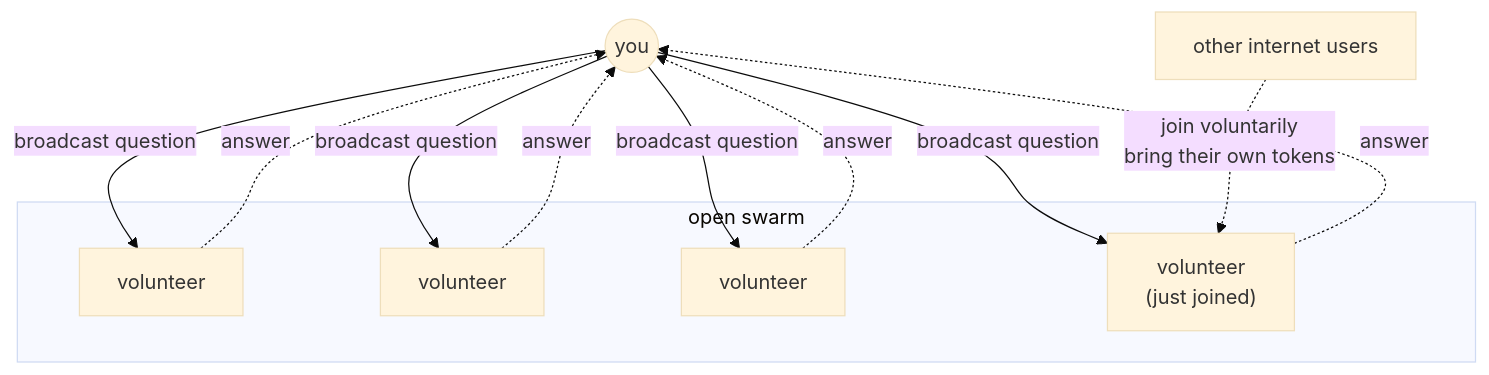
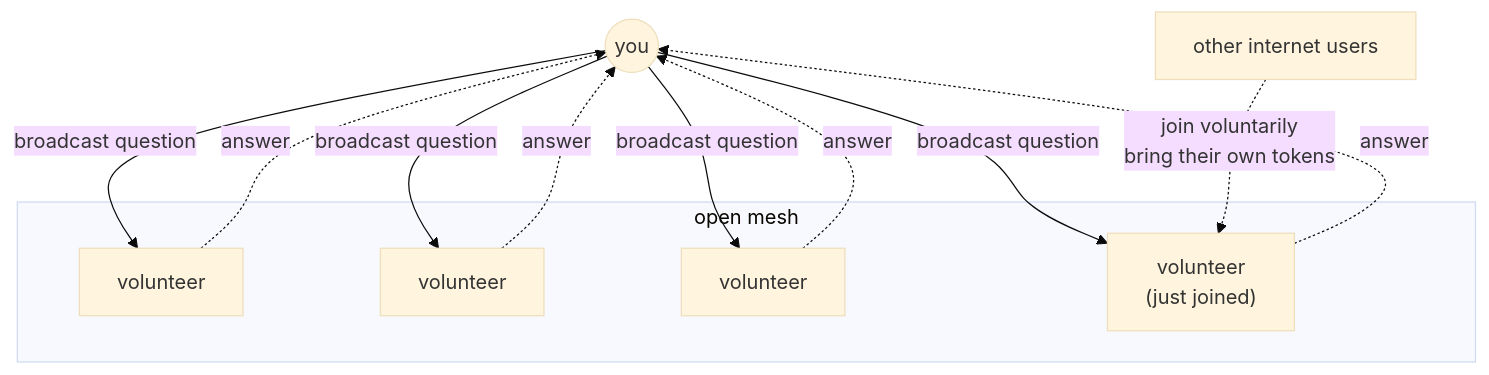
One commit to agent-habilis/agent-gossip changed the seventh of 7 diagrams in docs/topologies.md. Above: the diagram before and after it, drawn with Mermaid (base theme). The commit also changed other lines of this file and 382 other files, not shown here.

First line of the commit message:
refactor: rename agent-gossip to agent-mesh and swarm to mesh

````diff
--- a/docs/topologies.md
+++ b/docs/topologies.md
@@ -160,19 +160,19 @@
 ```mermaid
 graph TB
     user((you))
-    subgraph "open swarm"
+    subgraph "open mesh"
         V1[volunteer]
         V2[volunteer]
         V3[volunteer]
         V4["volunteer<br/>(just joined)"]
     end
     user -->|"broadcast question"| V1
     user -->|"broadcast question"| V2
     user -->|"broadcast question"| V3
     user -->|"broadcast question"| V4
     V1 -.->|"answer"| user
     V2 -.->|"answer"| user
     V3 -.->|"answer"| user
     V4 -.->|"answer"| user
     crowd[other internet users] -.->|"join voluntarily<br/>bring their own tokens"| V4
 ```
````
